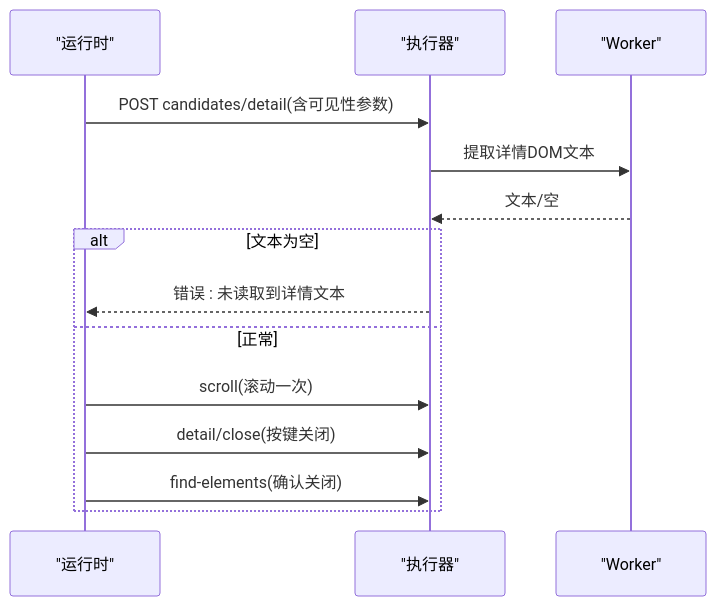
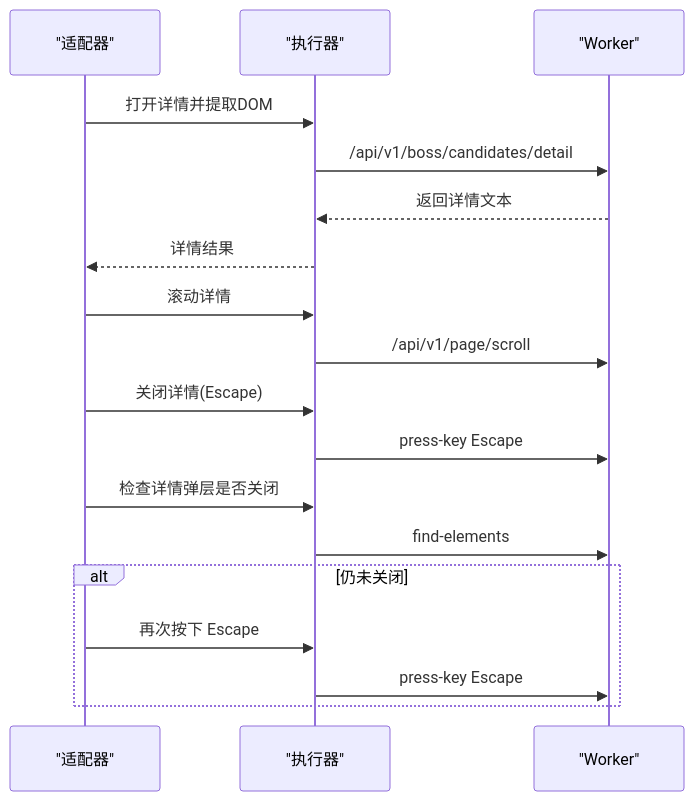
One commit to alvinwangzi/goodhr changed the sixth of 8 diagrams in .qoder/repowiki/zh/content/本地执行器/平台适配器/智联招聘适配器/智联招聘适配器.md. Above: the diagram before and after it, drawn with Mermaid. The commit also changed other lines of this file and 149 other files, not shown here.

````diff
--- a/.qoder/repowiki/zh/content/本地执行器/平台适配器/智联招聘适配器/智联招聘适配器.md
+++ b/.qoder/repowiki/zh/content/本地执行器/平台适配器/智联招聘适配器/智联招聘适配器.md
@@ -212,16 +250,20 @@
 ```mermaid
 sequenceDiagram
-participant R as "运行时"
+participant R as "适配器"
 participant E as "执行器"
 participant W as "Worker"
-R->>E : POST candidates/detail(含可见性参数)
-E->>W : 提取详情DOM文本
-W-->>E : 文本/空
-alt 文本为空
-E-->>R : 错误 : 未读取到详情文本
-else 正常
-R->>E : scroll(滚动一次)
-R->>E : detail/close(按键关闭)
-R->>E : find-elements(确认关闭)
+R->>E : 打开详情并提取DOM
+E->>W : /api/v1/boss/candidates/detail
+W-->>E : 返回详情文本
+E-->>R : 详情结果
+R->>E : 滚动详情
+E->>W : /api/v1/page/scroll
+R->>E : 关闭详情(Escape)
+E->>W : press-key Escape
+R->>E : 检查详情弹层是否关闭
+E->>W : find-elements
+alt 仍未关闭
+R->>E : 再次按下 Escape
+E->>W : press-key Escape
 end
 ```
````
